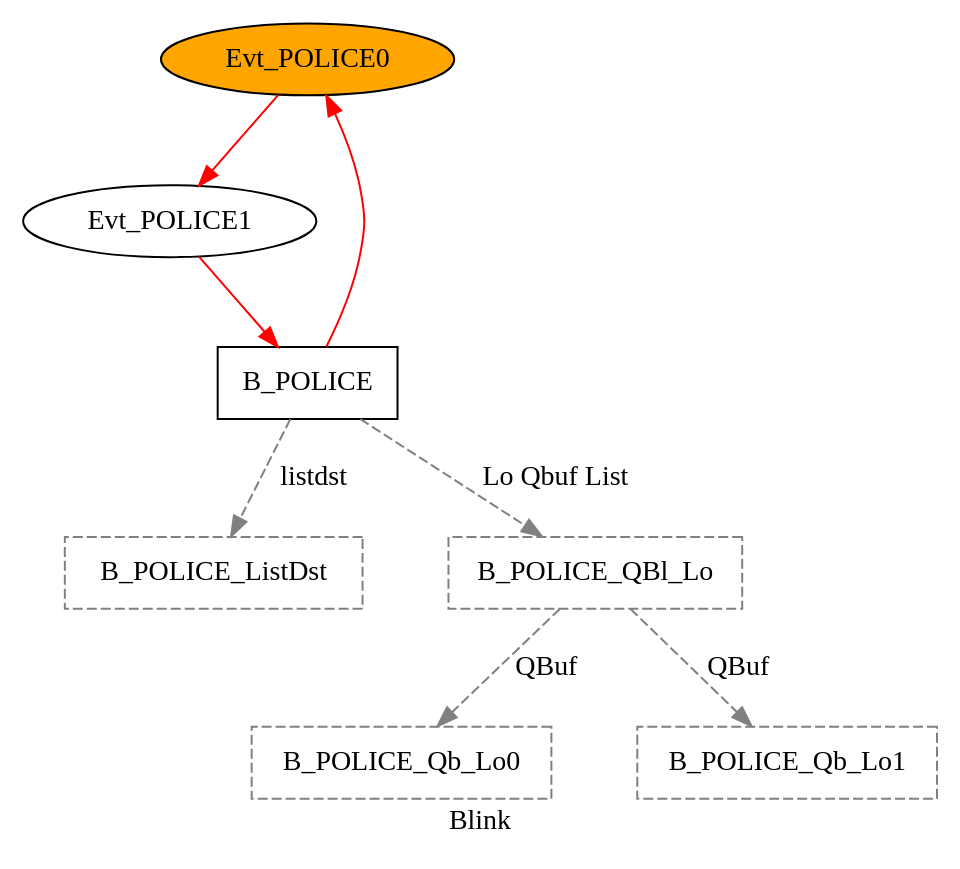
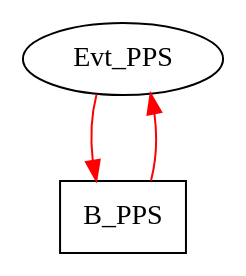
One commit to GSI-CS-CO/bel_projects changed the diagram in modules/ftm/ftmx86/test.dot. Above: the diagram before and after it, drawn with Graphviz. The commit also changed 9 other files, not shown here.

```diff
--- a/modules/ftm/ftmx86/test.dot
+++ b/modules/ftm/ftmx86/test.dot
@@ -1,25 +1,13 @@
-digraph G {
-name = "Test";
-graph [label="Blink", root="Evt_POLICE0",  rankdir=TB, nodesep=0.6, mindist=0.6, ranksep=0.6, overlap=false]
-node [type="TMsg", shape="rectangle",  style="filled", fillcolor="white", color="black", cpu=0]
-edge [type="defdst", color="red"]
+digraph g {
+name="PPSv01";
 
-Evt_POLICE0        [type="TMsg",                tOffs=0, id="0x0000000000000110", par="0x123", shape="oval", fillcolor="orange"];
-Evt_POLICE1        [type="TMsg",                tOffs=500, id="0x0000000000000110", par="0x123", shape="oval"];
-B_POLICE          [type="Block",         tPeriod=2000000000];
-Evt_POLICE0 -> Evt_POLICE1 -> B_POLICE -> Evt_POLICE0;
+graph [root="Evt_PPS",  rankdir=TB, nodesep=0.6, mindist=0.6, ranksep=0.6, overlap=false]
+node  [type="TMsg",   shape="rectangle", style="filled", fillcolor="white", color="black"]
+edge  [type="defdst", color="red"]
 
+Evt_PPS             [type="TMsg",         tOffs=          0,   id="0x0000000000000001", par="0x123", shape="oval"];
+B_PPS               [type="Block",      tPeriod=1000000000];
 
-B_POLICE_ListDst [type="ListDst", color="grey", style=dashed, flags=0];
-B_POLICE_QBl_Lo [type="QInfo", color="grey", style=dashed, flags=0];
-B_POLICE_Qb_Lo0 [type="QBuf", color="grey", style=dashed, flags=0];
-B_POLICE_Qb_Lo1 [type="QBuf", color="grey", style=dashed, flags=0];
-B_POLICE->B_POLICE_QBl_Lo [type="priolo", color="grey", style=dashed, label="Lo Qbuf List"];
-B_POLICE_QBl_Lo->B_POLICE_Qb_Lo0 [type="meta", color="grey", style=dashed, label="QBuf"];
-B_POLICE_QBl_Lo->B_POLICE_Qb_Lo1 [type="meta", color="grey", style=dashed, label="QBuf"];
-B_POLICE->B_POLICE_ListDst [type="listdst", color="grey", style=dashed, label="listdst"];
-/*
-Evt_FIREF0        [type="TMsg",                tOffs=0, id="0x0000000000000110", par="0x123", shape="oval", fillcolor="orange", cpu="0"];
-B_FIREF          [type="Block",         tPeriod=2000000000, cpu="0"];
-*/
+Evt_PPS -> B_PPS  -> Evt_PPS;
+
 }
```
